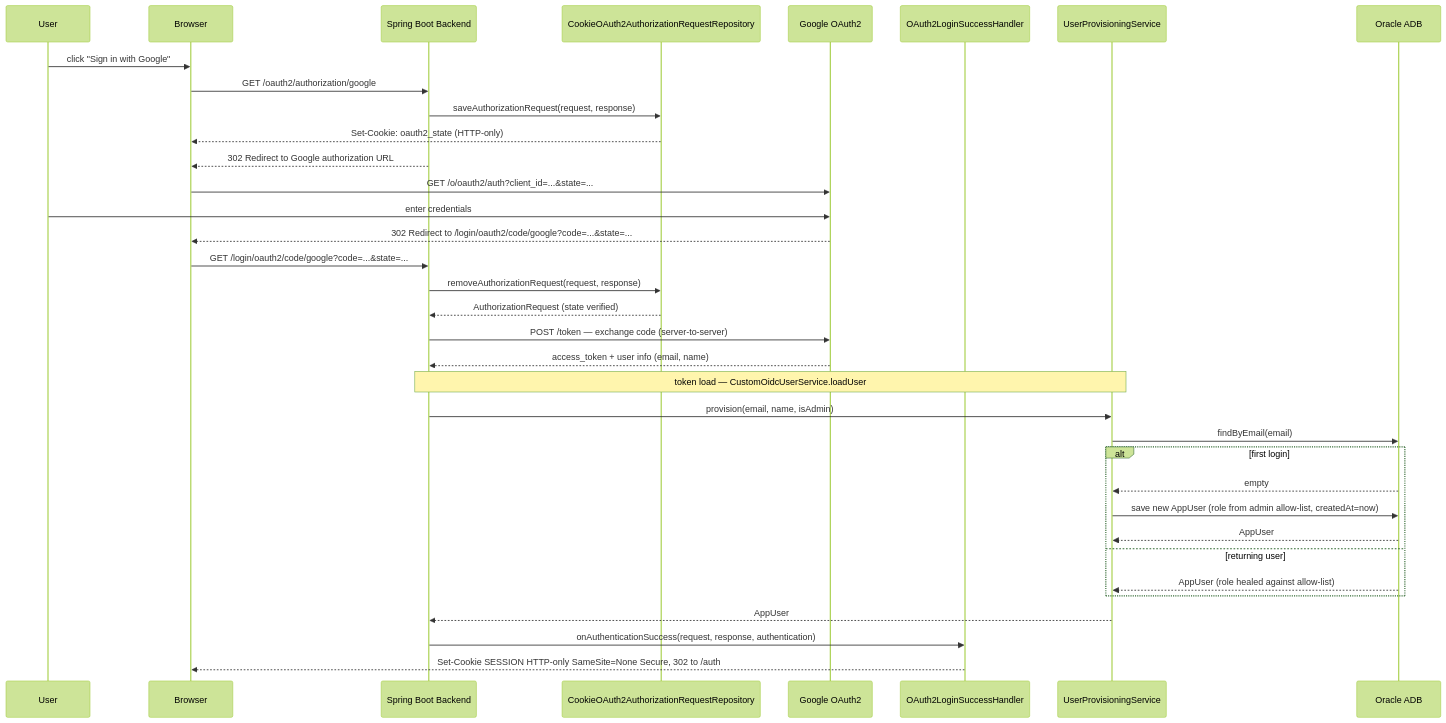
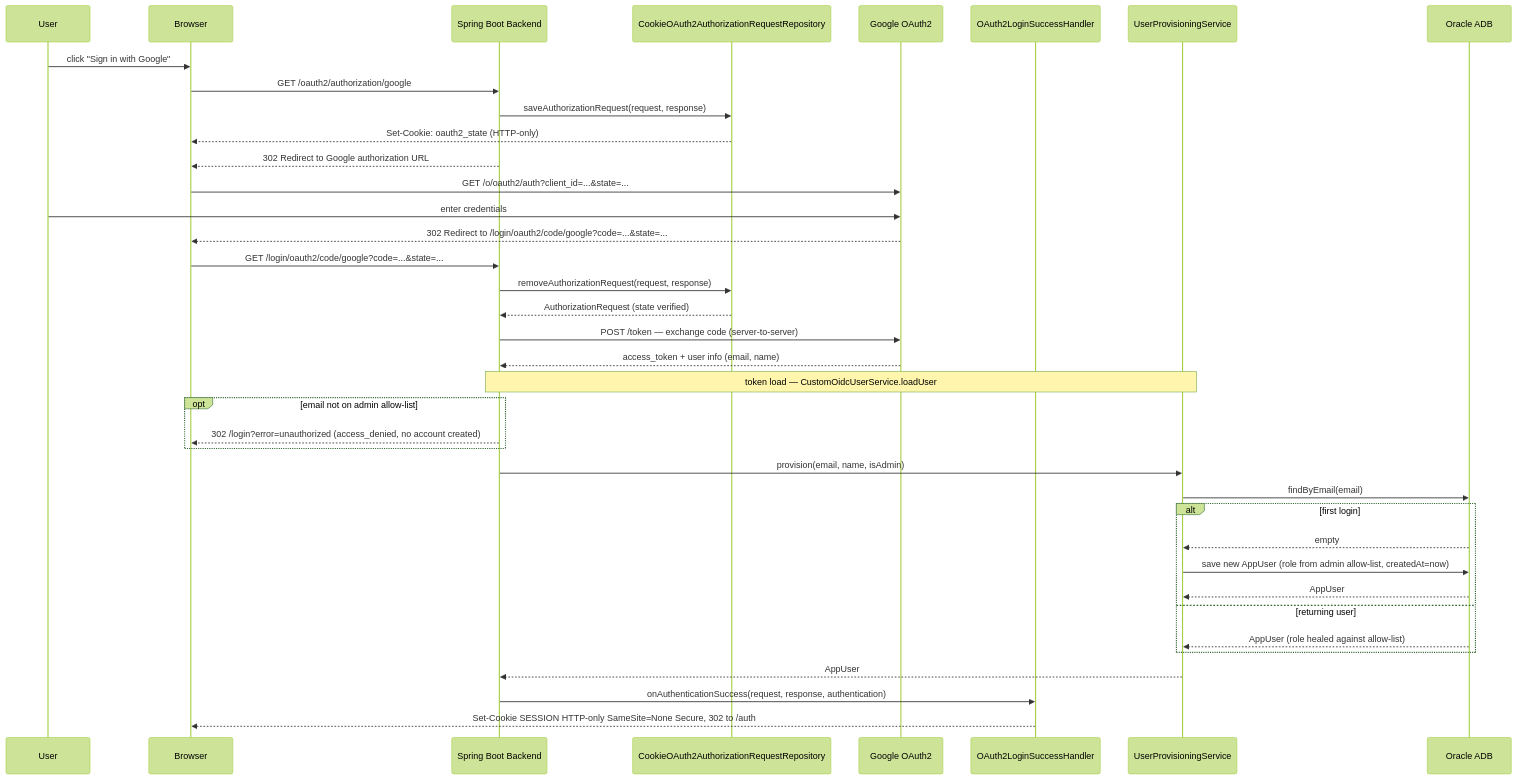
One commit to Keglev/inventory-service changed the third of 5 diagrams in docs/backend/architecture/06-runtime.md. Above: the diagram before and after it, drawn with Mermaid (forest theme). The commit also changed 1 other file, not shown here.

Commit message:
docs(auth): draw the login allow-list gate into the auth diagrams
Add the access-control step to the two login diagrams that previously showed
'authenticate then provision': the concepts flowchart now branches on the admin
allow-list (access_denied routes to the failure handler with error=unauthorized),
and the runtime login sequence shows the pre-provision gate and the unauthorized
redirect.

````diff
--- a/docs/backend/architecture/06-runtime.md
+++ b/docs/backend/architecture/06-runtime.md
@@ -123,41 +123,44 @@
 ```mermaid
 %%{init: {"sequence": {"useMaxWidth": false}}}%%
 sequenceDiagram
     participant User
     participant Browser
     participant Backend as Spring Boot Backend
     participant CR as CookieOAuth2AuthorizationRequestRepository
     participant Google as Google OAuth2
     participant SH as OAuth2LoginSuccessHandler
     participant UPS as UserProvisioningService
     participant DB as Oracle ADB
 
     User->>Browser: click "Sign in with Google"
     Browser->>Backend: GET /oauth2/authorization/google
     Backend->>CR: saveAuthorizationRequest(request, response)
     CR-->>Browser: Set-Cookie: oauth2_state (HTTP-only)
     Backend-->>Browser: 302 Redirect to Google authorization URL
     Browser->>Google: GET /o/oauth2/auth?client_id=...&state=...
     User->>Google: enter credentials
     Google-->>Browser: 302 Redirect to /login/oauth2/code/google?code=...&state=...
     Browser->>Backend: GET /login/oauth2/code/google?code=...&state=...
     Backend->>CR: removeAuthorizationRequest(request, response)
     CR-->>Backend: AuthorizationRequest (state verified)
     Backend->>Google: POST /token — exchange code (server-to-server)
     Google-->>Backend: access_token + user info (email, name)
     Note over Backend,UPS: token load — CustomOidcUserService.loadUser
+    opt email not on admin allow-list
+        Backend-->>Browser: 302 /login?error=unauthorized (access_denied, no account created)
+    end
     Backend->>UPS: provision(email, name, isAdmin)
     UPS->>DB: findByEmail(email)
 
     alt first login
         DB-->>UPS: empty
         UPS->>DB: save new AppUser (role from admin allow-list, createdAt=now)
         DB-->>UPS: AppUser
     else returning user
         DB-->>UPS: AppUser (role healed against allow-list)
     end
 
     UPS-->>Backend: AppUser
     Backend->>SH: onAuthenticationSuccess(request, response, authentication)
     SH-->>Browser: Set-Cookie SESSION HTTP-only SameSite=None Secure, 302 to /auth
 ```
````
